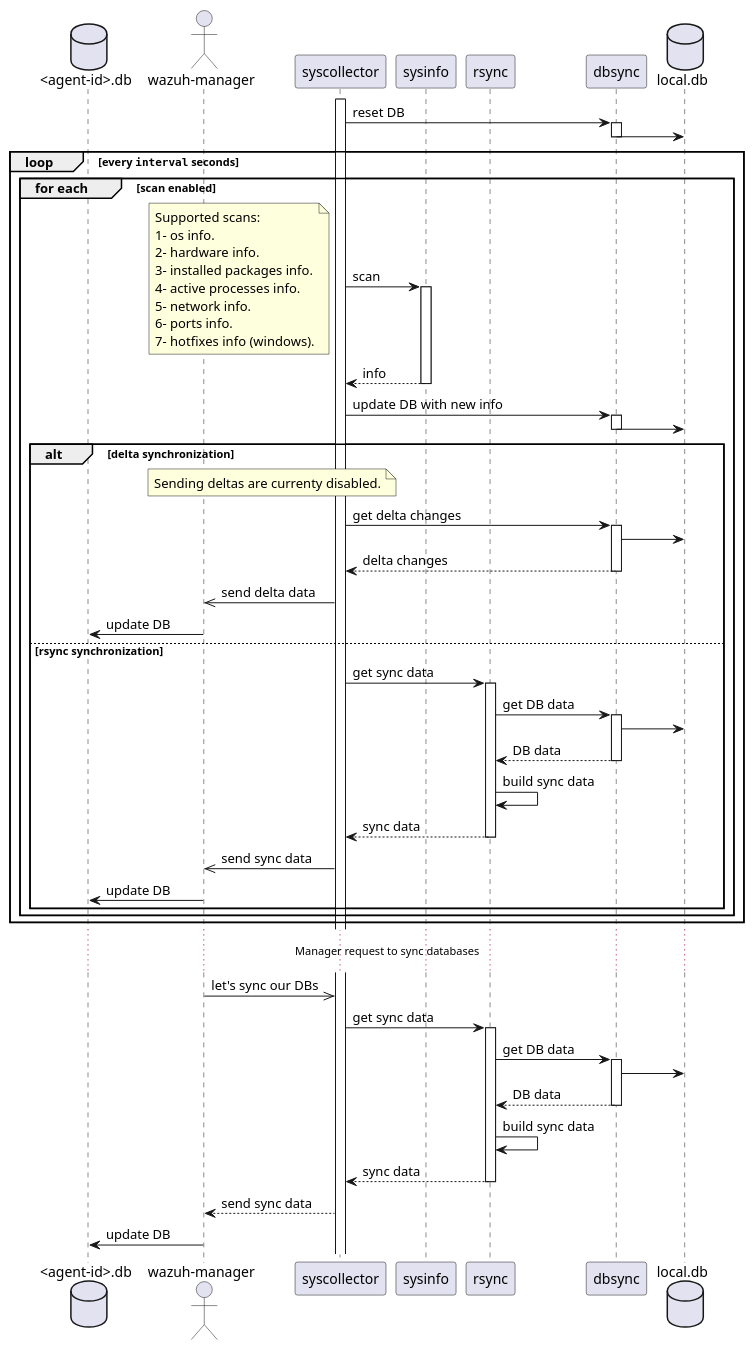
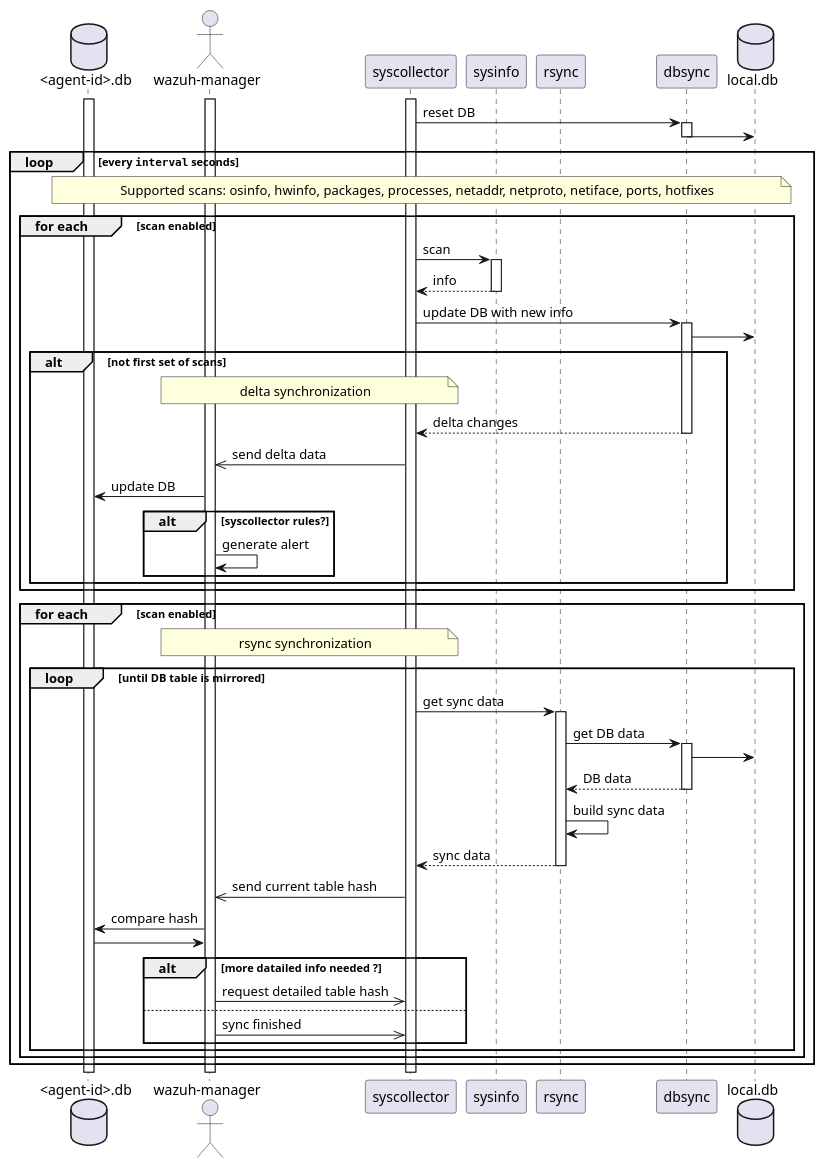
Before and after one commit to wazuh/wazuh-agent: the diagram in architecture/syscollector/002-sequence-syscollector.puml, drawn with PlantUML. The commit also changed 18 other files, not shown here.

First line of the commit message:
Add syscollector information deltas support (#10843)

```diff
--- a/architecture/syscollector/002-sequence-syscollector.puml
+++ b/architecture/syscollector/002-sequence-syscollector.puml
@@ -5,70 +5,61 @@
 @startuml syscollector
 
 database "<agent-id>.db" as agent.db
 actor "wazuh-manager" as manager
 participant syscollector as sysco
 participant sysinfo as info
 participant rsync
 participant dbsync
 database local.db as ldb
 
 activate sysco
+activate manager
+activate agent.db
+
 
 sysco -> dbsync ++: reset DB
 dbsync -> ldb --
 
 loop every ""interval"" seconds
-
+    note across: Supported scans: osinfo, hwinfo, packages, processes, netaddr, netproto, netiface, ports, hotfixes
     group for each [scan enabled]
         sysco -> info ++: scan
-        note left
-            Supported scans:
-            1- os info.
-            2- hardware info.
-            3- installed packages info.
-            4- active processes info.
-            5- network info.
-            6- ports info.
-            7- hotfixes info (windows).
-        end note
         sysco <-- info --: info
         sysco -> dbsync++ : update DB with new info
         dbsync -> ldb
-        dbsync--
-        alt delta synchronization
+        alt not first set of scans
             note over manager, sysco
-                Sending deltas are currenty disabled.
+                delta synchronization
             end note
-            sysco -> dbsync++: get delta changes
-            dbsync -> ldb
             dbsync --> sysco --: delta changes
             sysco ->> manager : send delta data
             manager -> agent.db: update DB
-
-        else rsync synchronization
-
+            alt syscollector rules?
+            manager -> manager: generate alert
+            end
+        end
+    end
+    group for each [scan enabled]
+        note over manager, sysco
+            rsync synchronization
+        end note
+        loop until DB table is mirrored
             sysco -> rsync++ : get sync data
             rsync -> dbsync++ : get DB data
             dbsync -> ldb
             rsync <-- dbsync-- : DB data
             rsync -> rsync : build sync data
             rsync --> sysco --: sync data
-            sysco ->> manager : send sync data
-            manager -> agent.db: update DB
+            sysco ->> manager : send current table hash
+            manager -> agent.db: compare hash
+            manager <- agent.db
+            alt more datailed info needed ?
+                sysco <<- manager : request detailed table hash
+            else
+                sysco <<- manager : sync finished
+            end
         end
     end
 end
 
-... Manager request to sync databases ...
-
-manager ->> sysco : let's sync our DBs
-sysco -> rsync++ : get sync data
-rsync -> dbsync++ : get DB data
-dbsync -> ldb
-rsync <-- dbsync-- : DB data
-rsync -> rsync : build sync data
-rsync --> sysco --: sync data
-sysco --> manager : send sync data
-manager -> agent.db: update DB
-
 @enduml
```
